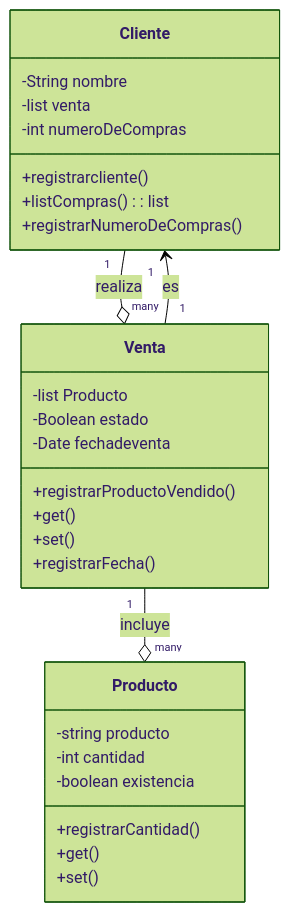
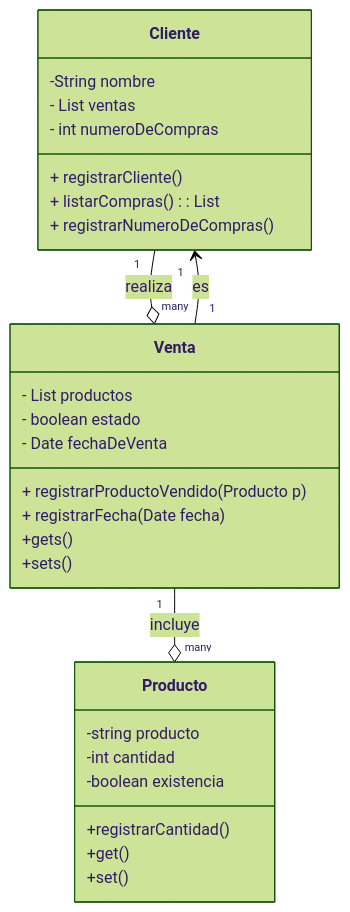
One commit to POO20251C/3-ejercicio-de-dise-o-y-codificaci-n-maria-jose-cordoba changed the diagram in README.md. Above: the diagram before and after it, drawn with Mermaid (forest theme).

Commit message:
finalfinal.md

````diff
--- a/README.md
+++ b/README.md
@@ -5,38 +5,42 @@
 ```mermaid
 classDiagram
     direction TB
 
     class Cliente {
         -String nombre
-        -list venta
-        -int numeroDeCompras
-        +registrarcliente()
-        +listCompras(): list <Venta>
-        +registrarNumeroDeCompras()
+        - List<Venta> ventas
+        - int numeroDeCompras
+        + registrarCliente()
+        + listarCompras(): List<Venta>
+        + registrarNumeroDeCompras()
     }
+
 
     class Producto {
         -string producto
         -int cantidad 
         -boolean existencia
         +registrarCantidad()
         +get()
         +set()
+
     }
 
     class Venta {
-        -list Producto
-        -Boolean estado
-        -Date fechadeventa
-        +registrarProductoVendido()
-        +get()
-        +set()
-        +registrarFecha()
+        - List<Producto> productos
+        - boolean estado
+        - Date fechaDeVenta
+        + registrarProductoVendido(Producto p)
+        + registrarFecha(Date fecha)
+        +gets()
+        +sets()
     }
 
     
 
     Cliente "1"  --o "many" Venta: realiza
     Venta   "1"  --o "many" Producto: incluye
     Venta   "1" --> "1" Cliente: es
+
+
 ```
````
